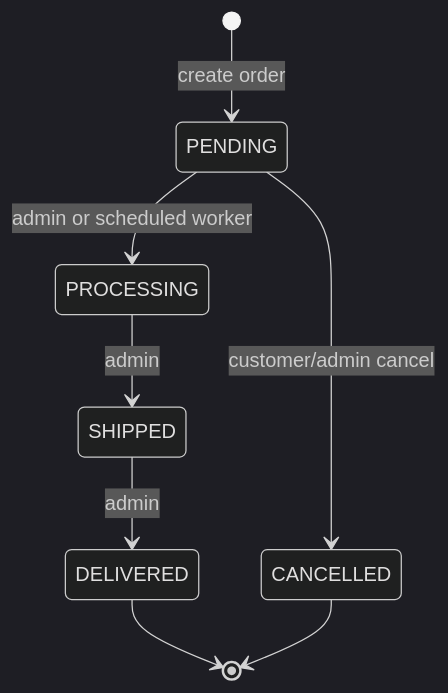
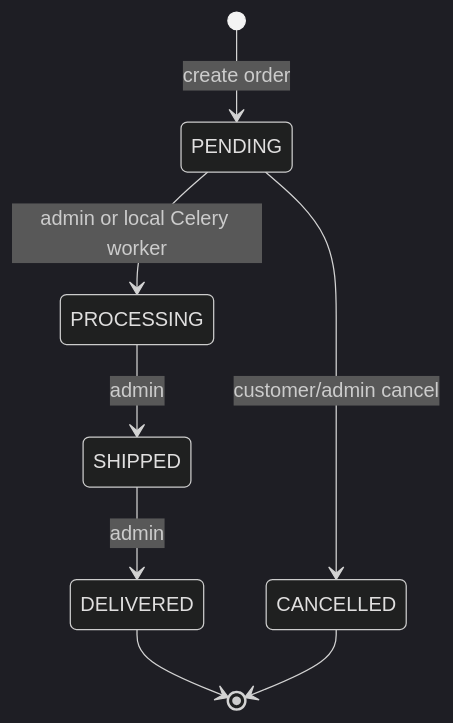
One commit to renjiie/ecommerce-assignment changed the fifth of 9 diagrams in architecture.md. Above: the diagram before and after it, drawn with Mermaid (dark theme). The commit also changed other lines of this file, not shown here.

Commit message:
docs: simplify architecture overview

````diff
--- a/architecture.md
+++ b/architecture.md
@@ -363,10 +192,10 @@
 ```mermaid
 stateDiagram-v2
     [*] --> PENDING: create order
-    PENDING --> PROCESSING: admin or scheduled worker
+    PENDING --> PROCESSING: admin or local Celery worker
     PENDING --> CANCELLED: customer/admin cancel
     PROCESSING --> SHIPPED: admin
     SHIPPED --> DELIVERED: admin
     DELIVERED --> [*]
     CANCELLED --> [*]
 ```
````
